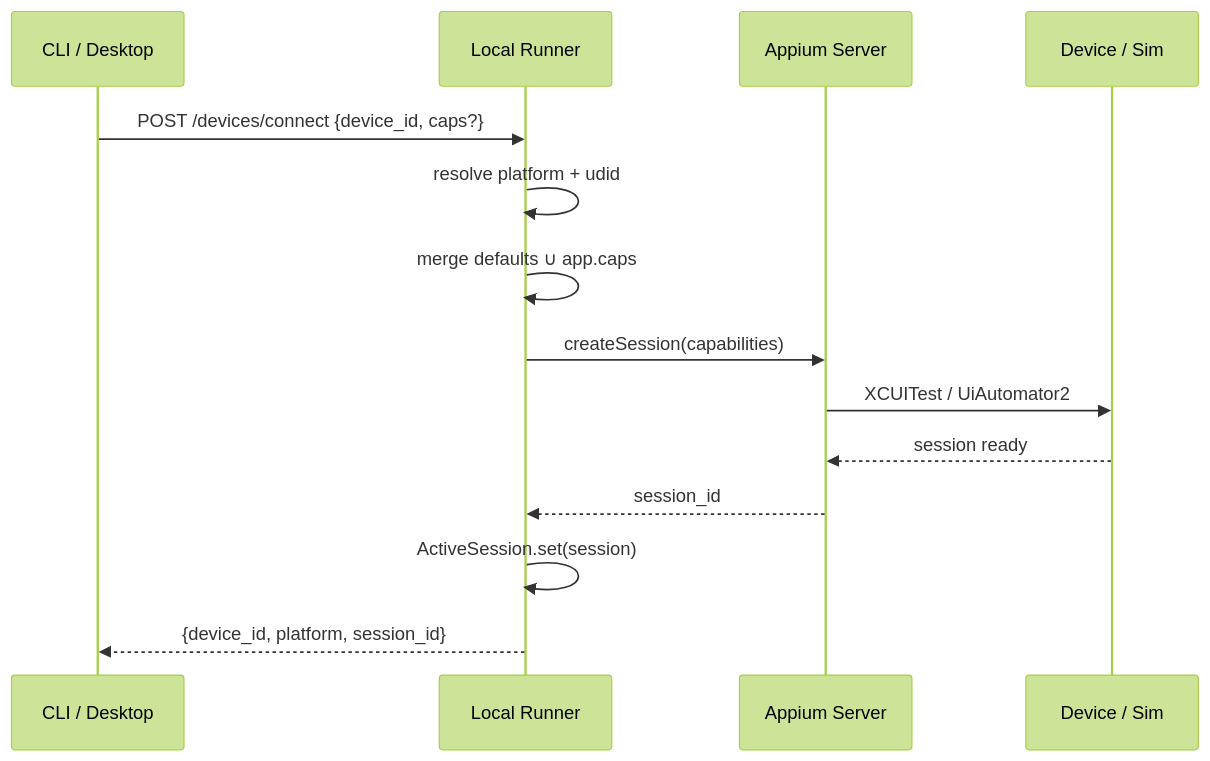
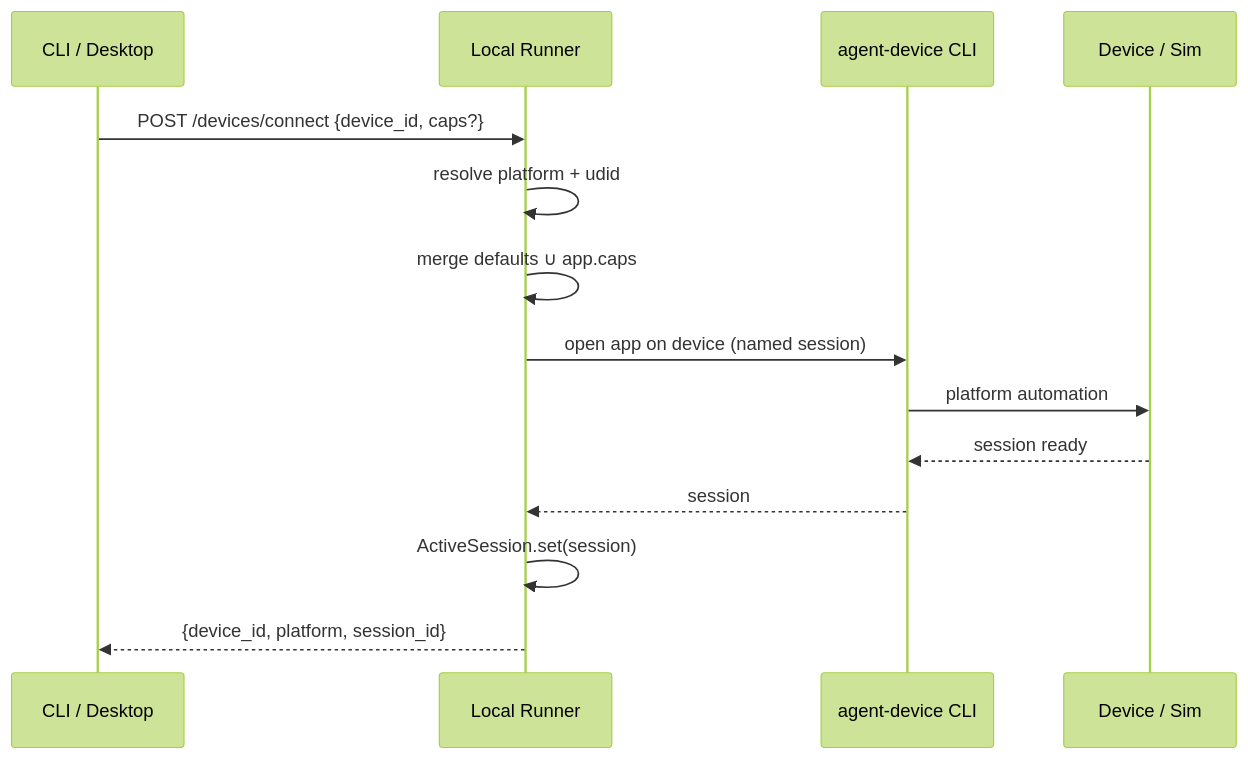
Before and after one commit to Aris-ngoy/qa-agent: the first of 3 diagrams in ARCHITECTURE.md, drawn with Mermaid (forest theme). The commit also changed other lines of this file and 70 other files, not shown here.

First line of the commit message:
Replace Appium with the agent-device CLI for device control.

````diff
--- a/ARCHITECTURE.md
+++ b/ARCHITECTURE.md
@@ -431,17 +417,17 @@
 ```mermaid
 sequenceDiagram
   participant CLI as CLI / Desktop
   participant R as Local Runner
-  participant A as Appium Server
+  participant A as agent-device CLI
   participant D as Device / Sim
 
   CLI->>R: POST /devices/connect {device_id, caps?}
   R->>R: resolve platform + udid
   R->>R: merge defaults ∪ app.caps
-  R->>A: createSession(capabilities)
-  A->>D: XCUITest / UiAutomator2
+  R->>A: open app on device (named session)
+  A->>D: platform automation
   D-->>A: session ready
-  A-->>R: session_id
+  A-->>R: session
   R->>R: ActiveSession.set(session)
   R-->>CLI: {device_id, platform, session_id}
 ```
````
